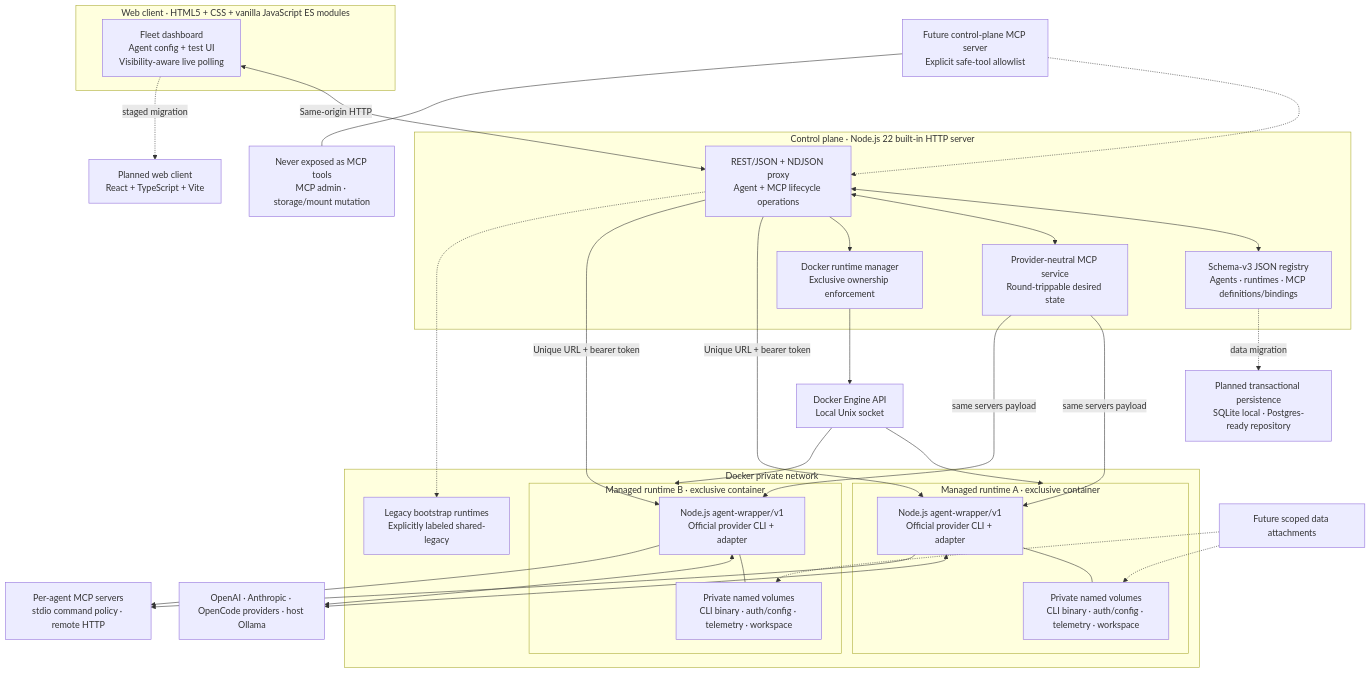
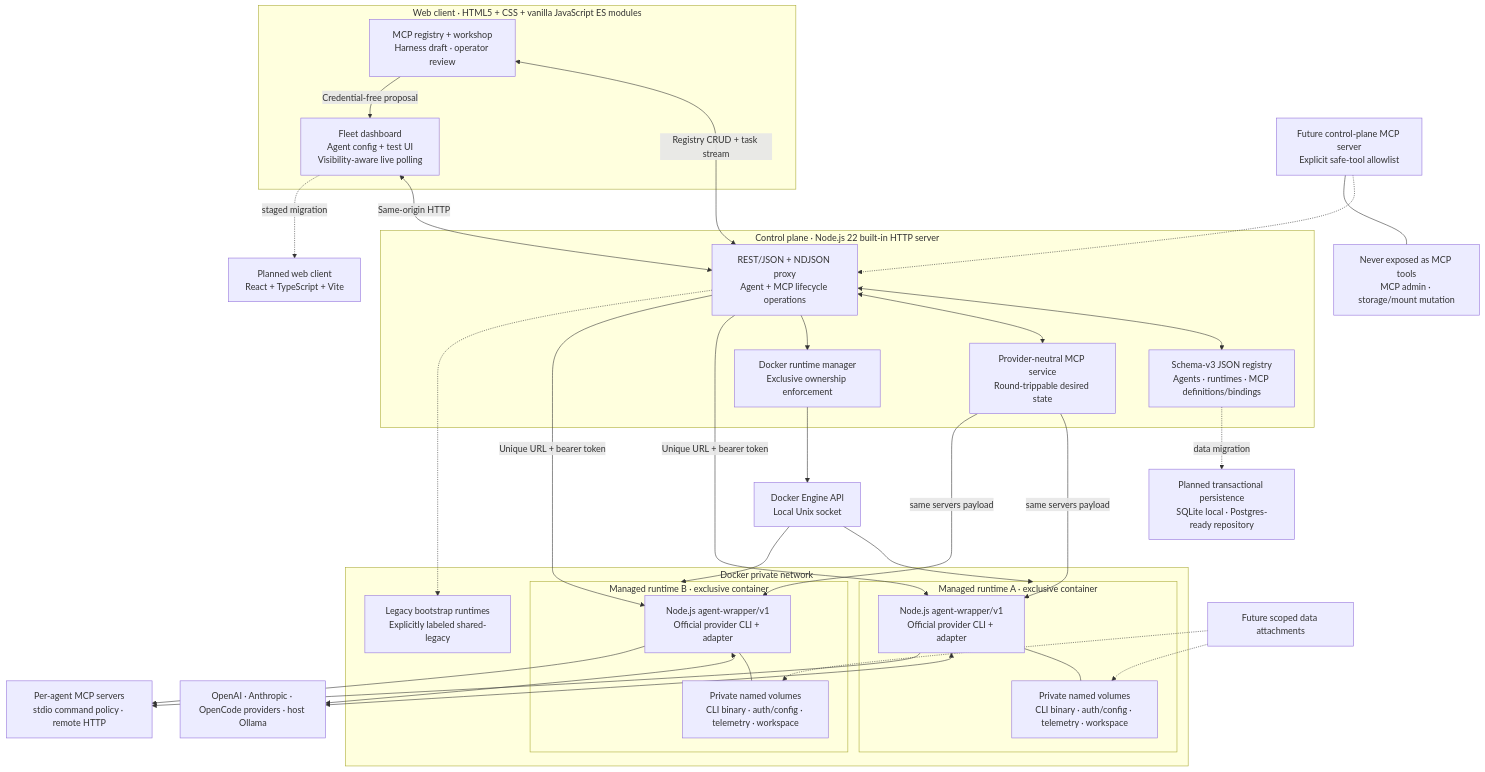
The diagram in docs/architecture.md (alext-avi/agent-dock), drawn with Mermaid before and after one commit. The commit also changed other lines of this file and 9 other files, not shown here.

Commit message:
Add MCP registry and harness workshop

````diff
--- a/docs/architecture.md
+++ b/docs/architecture.md
@@ -5,59 +5,62 @@
 ```mermaid
 flowchart TB
   subgraph Client["Web client · HTML5 + CSS + vanilla JavaScript ES modules"]
     UI["Fleet dashboard\nAgent config + test UI\nVisibility-aware live polling"]
+    Workshop["MCP registry + workshop\nHarness draft · operator review"]
   end
 
   subgraph Plane["Control plane · Node.js 22 built-in HTTP server"]
     API["REST/JSON + NDJSON proxy\nAgent + MCP lifecycle operations"]
     Registry["Schema-v3 JSON registry\nAgents · runtimes · MCP definitions/bindings"]
     McpService["Provider-neutral MCP service\nRound-trippable desired state"]
     Provisioner["Docker runtime manager\nExclusive ownership enforcement"]
   end
 
   Engine["Docker Engine API\nLocal Unix socket"]
 
   subgraph Docker["Docker private network"]
     subgraph RuntimeA["Managed runtime A · exclusive container"]
       WA["Node.js agent-wrapper/v1\nOfficial provider CLI + adapter"]
       VA["Private named volumes\nCLI binary · auth/config · telemetry · workspace"]
       WA --- VA
     end
     subgraph RuntimeB["Managed runtime B · exclusive container"]
       WB["Node.js agent-wrapper/v1\nOfficial provider CLI + adapter"]
       VB["Private named volumes\nCLI binary · auth/config · telemetry · workspace"]
       WB --- VB
     end
     Legacy["Legacy bootstrap runtimes\nExplicitly labeled shared-legacy"]
   end
 
   Providers["OpenAI · Anthropic · OpenCode providers · host Ollama"]
   MCP["Per-agent MCP servers\nstdio command policy · remote HTTP"]
   FutureMcp["Future control-plane MCP server\nExplicit safe-tool allowlist"]
   Guard["Never exposed as MCP tools\nMCP admin · storage/mount mutation"]
   Data["Future scoped data attachments"]
   React["Planned web client\nReact + TypeScript + Vite"]
   Database["Planned transactional persistence\nSQLite local · Postgres-ready repository"]
 
   UI <-->|"Same-origin HTTP"| API
+  Workshop <-->|"Registry CRUD + task stream"| API
+  Workshop -->|"Credential-free proposal"| UI
   API <--> Registry
   API <--> McpService
   API --> Provisioner --> Engine
   Engine --> RuntimeA
   Engine --> RuntimeB
   API -->|"Unique URL + bearer token"| WA
   API -->|"Unique URL + bearer token"| WB
   WA <--> Providers
   WB <--> Providers
   API -.-> Legacy
   UI -.->|"staged migration"| React
   Registry -.->|"data migration"| Database
   McpService -->|"same servers payload"| WA
   McpService -->|"same servers payload"| WB
   WA --> MCP
   WB --> MCP
   FutureMcp -.-> API
   FutureMcp --- Guard
   Data -.-> VA
   Data -.-> VB
 ```
````
